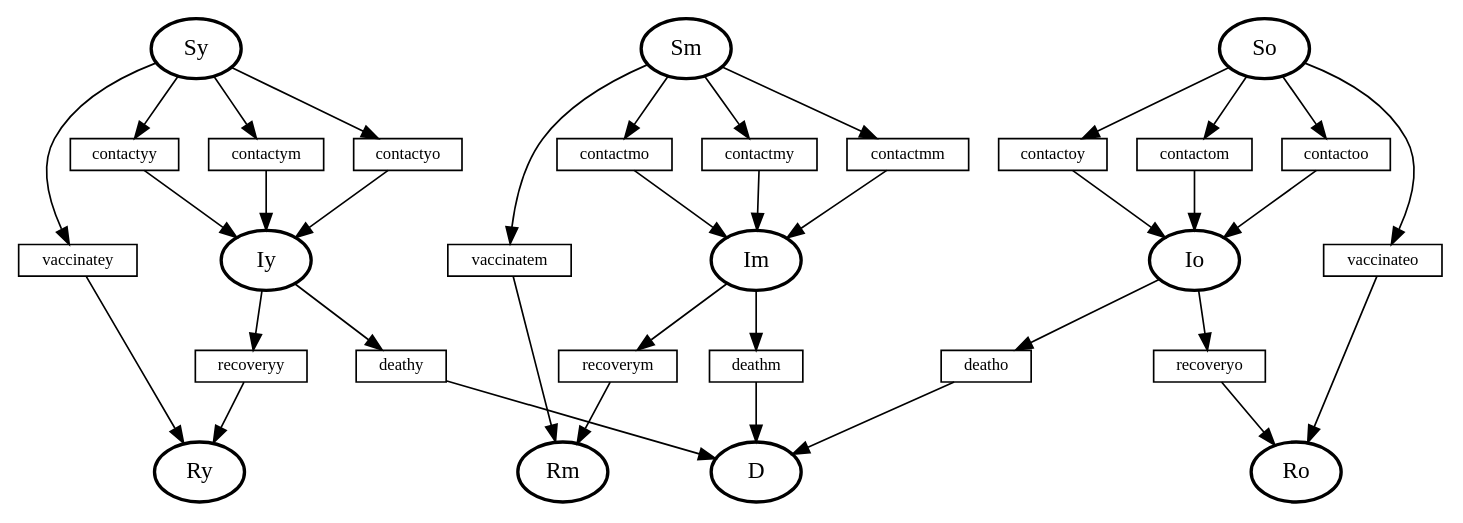
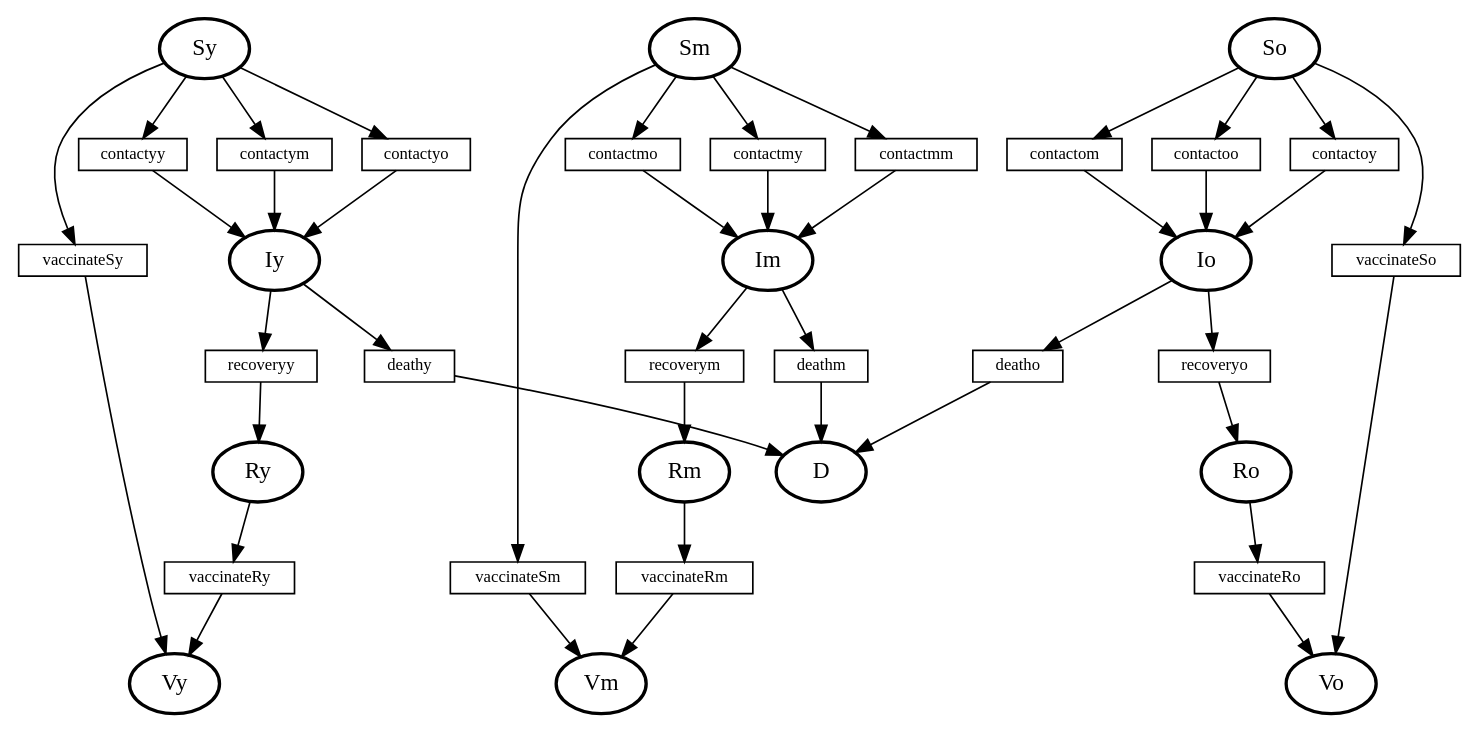
The diagram in BioPEPA workbench/bpwb/dot/example_sird_vaccinations.dot (RPComputer/Epidemiological-BioPEPA-Model), drawn with Graphviz before and after one commit. The commit also changed 131 other files, not shown here.

```diff
--- a/BioPEPA workbench/bpwb/dot/example_sird_vaccinations.dot
+++ b/BioPEPA workbench/bpwb/dot/example_sird_vaccinations.dot
@@ -1,88 +1,103 @@
 /* This file was automatically generated
    by the Bio-PEPA Workbench.            */
 digraph example_sird_vaccinations {
 
 Sy -> contactyy;
 contactyy -> Iy;
 
 Sy -> contactym;
 contactym -> Iy;
 
 Sy -> contactyo;
 contactyo -> Iy;
 
 Sm -> contactmy;
 contactmy -> Im;
 
 Sm -> contactmm;
 contactmm -> Im;
 
 Sm -> contactmo;
 contactmo -> Im;
 
 So -> contactoy;
 contactoy -> Io;
 
 So -> contactom;
 contactom -> Io;
 
 So -> contactoo;
 contactoo -> Io;
 
-Sy -> vaccinatey;
-vaccinatey -> Ry;
+Sy -> vaccinateSy;
+vaccinateSy -> Vy;
 
-Sm -> vaccinatem;
-vaccinatem -> Rm;
+Sm -> vaccinateSm;
+vaccinateSm -> Vm;
 
-So -> vaccinateo;
-vaccinateo -> Ro;
+So -> vaccinateSo;
+vaccinateSo -> Vo;
 
 Iy -> recoveryy;
 recoveryy -> Ry;
 
 Im -> recoverym;
 recoverym -> Rm;
 
 Io -> recoveryo;
 recoveryo -> Ro;
+
+Ry -> vaccinateRy;
+vaccinateRy -> Vy;
+
+Rm -> vaccinateRm;
+vaccinateRm -> Vm;
+
+Ro -> vaccinateRo;
+vaccinateRo -> Vo;
 
 Iy -> deathy;
 deathy -> D;
 
 Im -> deathm;
 deathm -> D;
 
 Io -> deatho;
 deatho -> D;
 
 contactyy [shape=box,fontsize=10,height=.2,label="contactyy"];
 contactym [shape=box,fontsize=10,height=.2,label="contactym"];
 contactyo [shape=box,fontsize=10,height=.2,label="contactyo"];
 contactmy [shape=box,fontsize=10,height=.2,label="contactmy"];
 contactmm [shape=box,fontsize=10,height=.2,label="contactmm"];
 contactmo [shape=box,fontsize=10,height=.2,label="contactmo"];
 contactoy [shape=box,fontsize=10,height=.2,label="contactoy"];
 contactom [shape=box,fontsize=10,height=.2,label="contactom"];
 contactoo [shape=box,fontsize=10,height=.2,label="contactoo"];
-vaccinatey [shape=box,fontsize=10,height=.2,label="vaccinatey"];
-vaccinatem [shape=box,fontsize=10,height=.2,label="vaccinatem"];
-vaccinateo [shape=box,fontsize=10,height=.2,label="vaccinateo"];
+vaccinateSy [shape=box,fontsize=10,height=.2,label="vaccinateSy"];
+vaccinateSm [shape=box,fontsize=10,height=.2,label="vaccinateSm"];
+vaccinateSo [shape=box,fontsize=10,height=.2,label="vaccinateSo"];
 recoveryy [shape=box,fontsize=10,height=.2,label="recoveryy"];
 recoverym [shape=box,fontsize=10,height=.2,label="recoverym"];
 recoveryo [shape=box,fontsize=10,height=.2,label="recoveryo"];
+vaccinateRy [shape=box,fontsize=10,height=.2,label="vaccinateRy"];
+vaccinateRm [shape=box,fontsize=10,height=.2,label="vaccinateRm"];
+vaccinateRo [shape=box,fontsize=10,height=.2,label="vaccinateRo"];
 deathy [shape=box,fontsize=10,height=.2,label="deathy"];
 deathm [shape=box,fontsize=10,height=.2,label="deathm"];
 deatho [shape=box,fontsize=10,height=.2,label="deatho"];
+Iy [style=bold,label="Iy"];
+Im [style=bold,label="Im"];
+Io [style=bold,label="Io"];
 Sy [style=bold,label="Sy"];
 Sm [style=bold,label="Sm"];
 So [style=bold,label="So"];
-Iy [style=bold,label="Iy"];
-Im [style=bold,label="Im"];
-Io [style=bold,label="Io"];
 Ry [style=bold,label="Ry"];
 Rm [style=bold,label="Rm"];
 Ro [style=bold,label="Ro"];
+Vy [style=bold,label="Vy"];
+Vm [style=bold,label="Vm"];
+Vo [style=bold,label="Vo"];
 D [style=bold,label="D"];
 
 }
```
